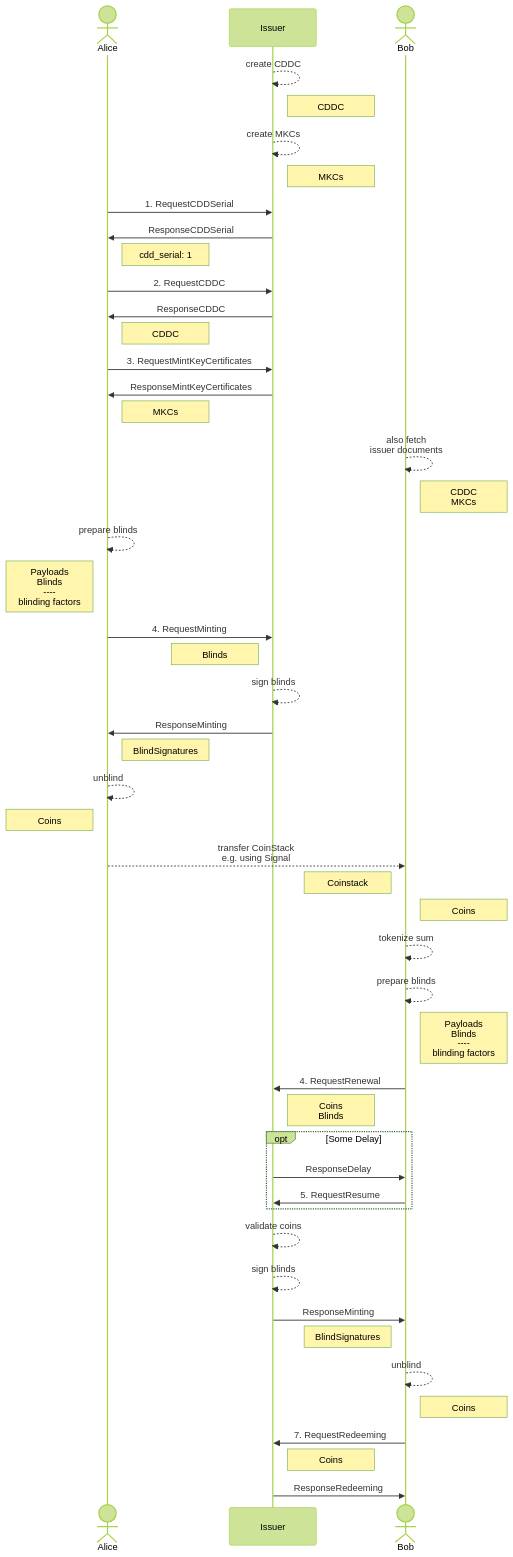
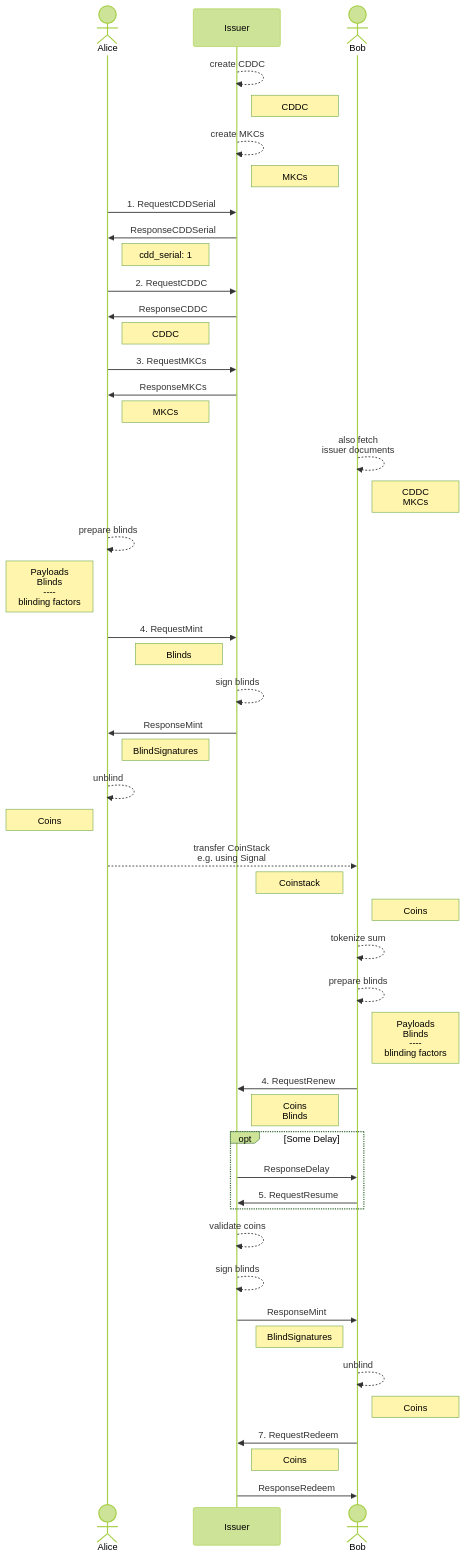
Before and after one commit to OpenCoin/opencoin-playground: the second of 2 diagrams in v4/docs/overview.md, drawn with Mermaid (forest theme). The commit also changed other lines of this file and 3 other files, not shown here.

````diff
--- a/v4/docs/overview.md
+++ b/v4/docs/overview.md
@@ -1,75 +18,75 @@
 ```mermaid
 sequenceDiagram
 actor alice as Alice
 participant issuer as Issuer
 actor bob as Bob
 
 issuer -->> issuer: create CDDC
 note right of issuer: CDDC
 issuer -->> issuer: create MKCs
 note right of issuer: MKCs
 
 
 alice->>issuer: 1. RequestCDDSerial
 issuer->>alice: ResponseCDDSerial
 note right of alice: cdd_serial: 1
 
 alice->>issuer: 2. RequestCDDC
 issuer->>alice:  ResponseCDDC
 note right of alice: CDDC
 
-alice->>issuer: 3. RequestMintKeyCertificates
-issuer->>alice: ResponseMintKeyCertificates
+alice->>issuer: 3. RequestMKCs
+issuer->>alice: ResponseMKCs
 note right of alice: MKCs
 
 bob-->>bob: also fetch<br> issuer documents
 note right of bob: CDDC<br>MKCs
 
 alice -->> alice: prepare blinds 
 note left of alice: Payloads<br>Blinds<br>----<br>blinding factors
 
-alice ->> issuer: 4. RequestMinting
+alice ->> issuer: 4. RequestMint
 note left of issuer: Blinds
 
 issuer -->> issuer: sign blinds
 
-issuer ->> alice: ResponseMinting
+issuer ->> alice: ResponseMint
 note right of alice: BlindSignatures
 
 alice -->> alice: unblind
 note left of alice: Coins
 
 alice -->> bob: transfer CoinStack<br>e.g. using Signal
 note left of bob: Coinstack
 note right of bob: Coins
 
 bob -->> bob: tokenize sum
 
 bob -->> bob: prepare blinds
 note right of bob: Payloads<br>Blinds<br>----<br>blinding factors
 
-bob ->> issuer: 4. RequestRenewal
+bob ->> issuer: 4. RequestRenew
 note right of issuer: Coins<br>Blinds
 
 opt Some Delay
     issuer ->> bob: ResponseDelay
     bob ->> issuer: 5. RequestResume
 end
 
 issuer-->>issuer: validate coins
 issuer -->> issuer: sign blinds
-issuer ->> bob: ResponseMinting
+issuer ->> bob: ResponseMint
 note left of bob: BlindSignatures
 
 bob -->> bob: unblind
 note right of bob: Coins
 
-bob ->> issuer: 7. RequestRedeeming
+bob ->> issuer: 7. RequestRedeem
 note right of issuer: Coins
-issuer->>bob: ResponseRedeeming
+issuer->>bob: ResponseRedeem
 
 
 
 
 
 ```
````
